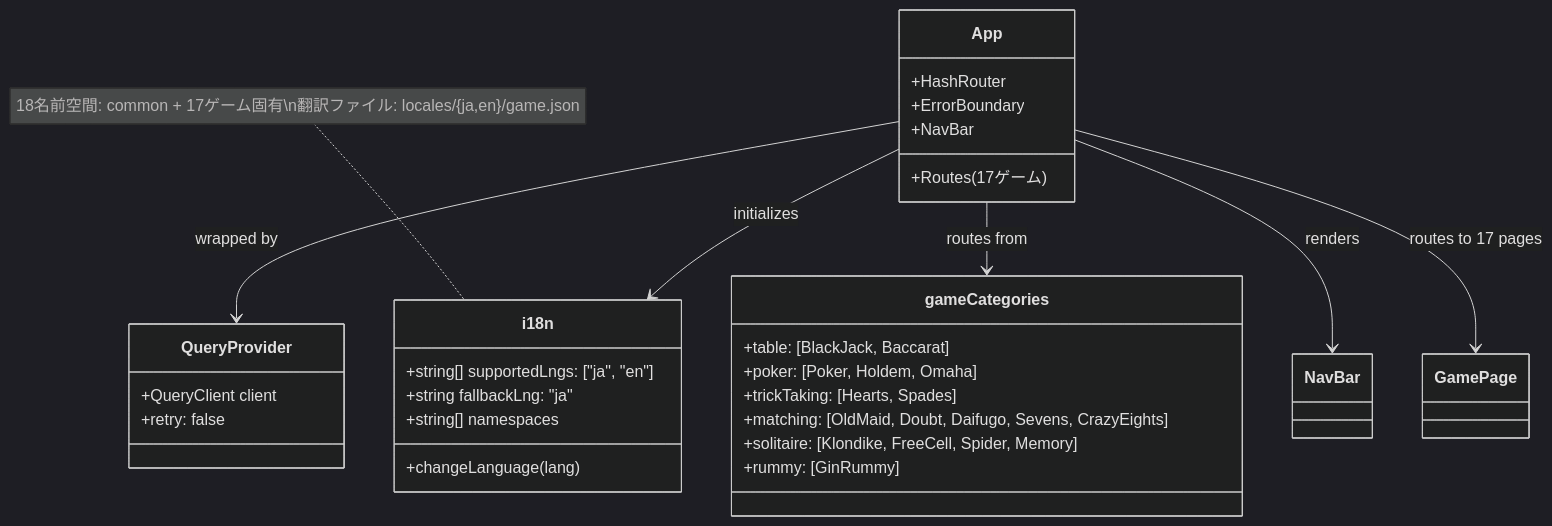
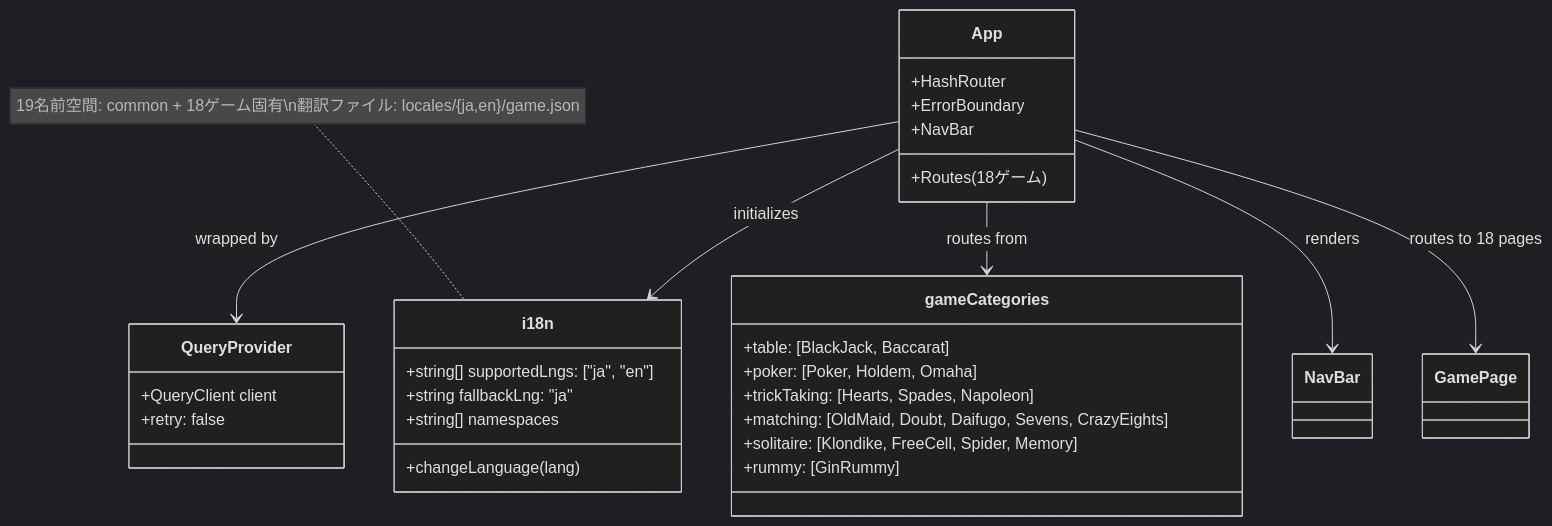
Before and after one commit to yuta-yoshinaga/go_trumpcards: the eighth of 16 diagrams in docs/design/frontend.md, drawn with Mermaid (dark theme). The commit also changed other lines of this file and 51 other files, not shown here.

First line of the commit message:
feat: add Napoleon (ナポレオン) card game

````diff
--- a/docs/design/frontend.md
+++ b/docs/design/frontend.md
@@ -526,38 +547,38 @@
 ```mermaid
 classDiagram
     class i18n {
         +string[] supportedLngs: ["ja", "en"]
         +string fallbackLng: "ja"
         +string[] namespaces
         +changeLanguage(lang)
     }
 
     class QueryProvider {
         +QueryClient client
         +retry: false
     }
 
     class App {
         +HashRouter
         +ErrorBoundary
         +NavBar
-        +Routes (17ゲーム)
+        +Routes (18ゲーム)
     }
 
     class gameCategories {
         +table: [BlackJack, Baccarat]
         +poker: [Poker, Holdem, Omaha]
-        +trickTaking: [Hearts, Spades]
+        +trickTaking: [Hearts, Spades, Napoleon]
         +matching: [OldMaid, Doubt, Daifugo, Sevens, CrazyEights]
         +solitaire: [Klondike, FreeCell, Spider, Memory]
         +rummy: [GinRummy]
     }
 
     App --> QueryProvider : wrapped by
     App --> i18n : initializes
     App --> gameCategories : routes from
     App --> NavBar : renders
-    App --> GamePage : routes to 17 pages
+    App --> GamePage : routes to 18 pages
 
-    note for i18n "18名前空間: common + 17ゲーム固有\n翻訳ファイル: locales/{ja,en}/game.json"
+    note for i18n "19名前空間: common + 18ゲーム固有\n翻訳ファイル: locales/{ja,en}/game.json"
 ```
````
